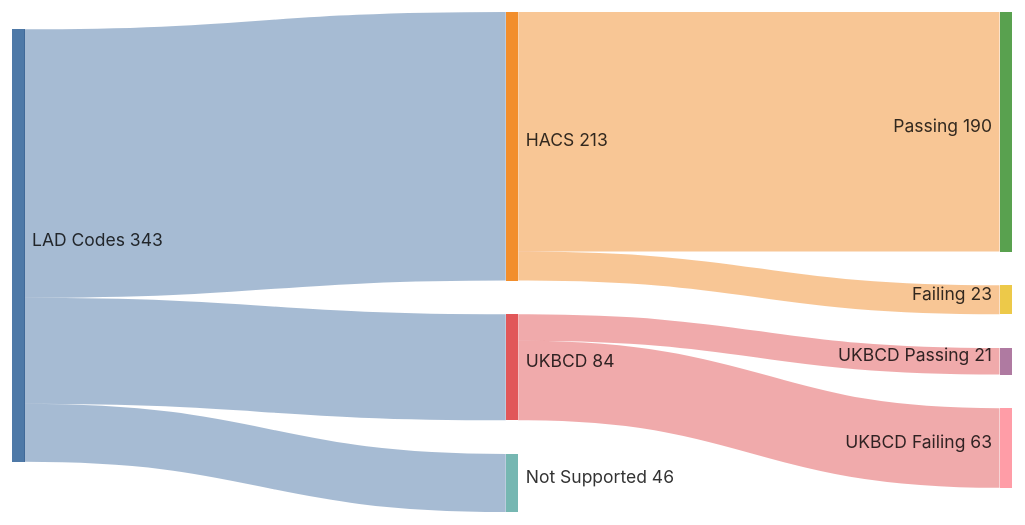
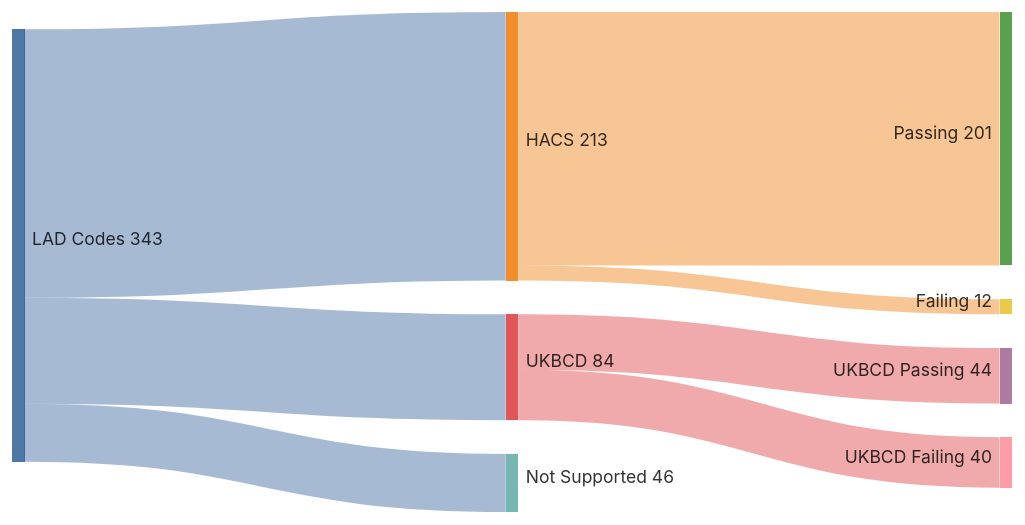
Before and after one commit to cmbsteinberg/bins: the diagram in README.md, drawn with Mermaid. The commit also changed 4 other files, not shown here.

````diff
--- a/README.md
+++ b/README.md
@@ -11,21 +11,21 @@
 ```mermaid
 ---
 config:
   sankey:
     width: 800
     height: 400
     linkColor: source
     nodeAlignment: left
 ---
 sankey-beta
 
 "LAD Codes","HACS",213
 "LAD Codes","UKBCD",84
 "LAD Codes","Not Supported",46
 
-"HACS","Passing",190
-"HACS","Failing",23
+"HACS","Passing",201
+"HACS","Failing",12
 
-"UKBCD","UKBCD Passing",21
-"UKBCD","UKBCD Failing",63
+"UKBCD","UKBCD Passing",44
+"UKBCD","UKBCD Failing",40
 ```
````
